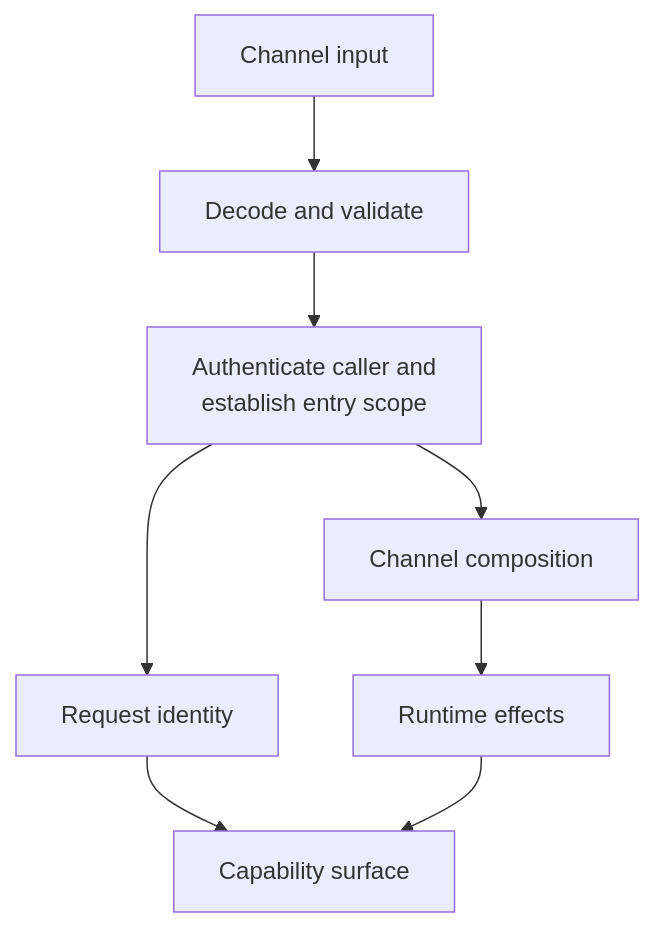
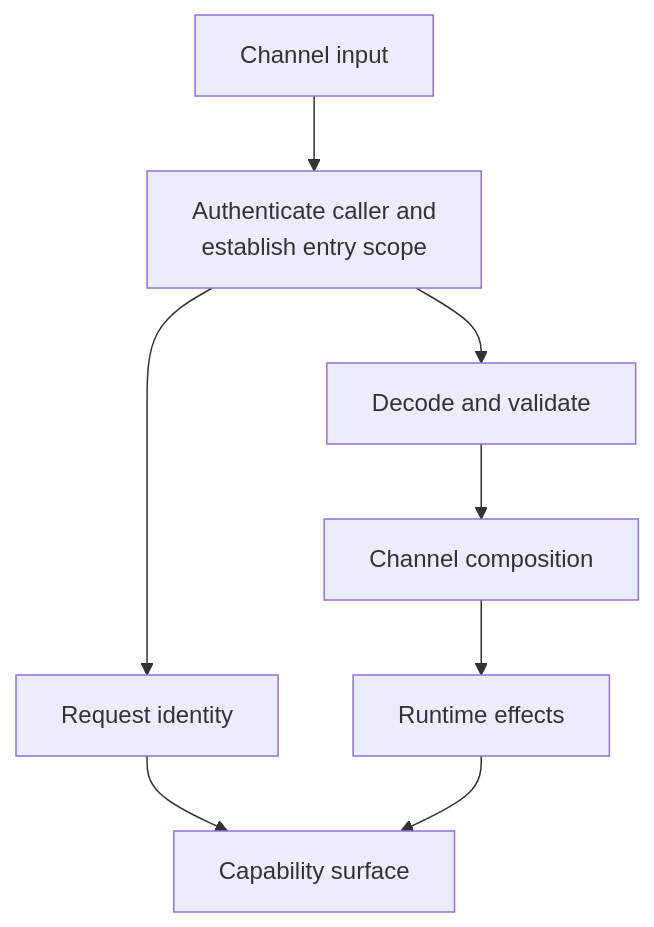
The second of 4 diagrams in docs/runtime-boundaries.md (clicktronix/nextjs-clean-skills), drawn with Mermaid before and after one commit. The commit also changed other lines of this file and 61 other files, not shown here.

````diff
--- a/docs/runtime-boundaries.md
+++ b/docs/runtime-boundaries.md
@@ -77,20 +81,20 @@
 ```mermaid
 flowchart TB
   accTitle: Request composition
-  accDescr: A channel verifies the caller, creates identity and effects separately, and supplies only the required values to capability behavior.
+  accDescr: A channel authenticates the caller before it decodes input, creates identity and effects separately, and supplies only the required values to capability behavior.
   Input["Channel input"]
+  Auth["Authenticate caller and<br/>establish entry scope"]
+  Decode["Decode and validate"]
   Compose["Channel composition"]
-  Decode["Decode and validate"]
-  Auth["Authenticate caller and<br/>establish entry scope"]
   Identity["Request identity"]
   Effects["Runtime effects"]
   Capability["Capability surface"]
 
-  Input --> Decode
-  Decode --> Auth
+  Input --> Auth
   Auth --> Identity
-  Auth --> Compose
+  Auth --> Decode
+  Decode --> Compose
   Compose --> Effects
   Identity --> Capability
   Effects --> Capability
 ```
````
